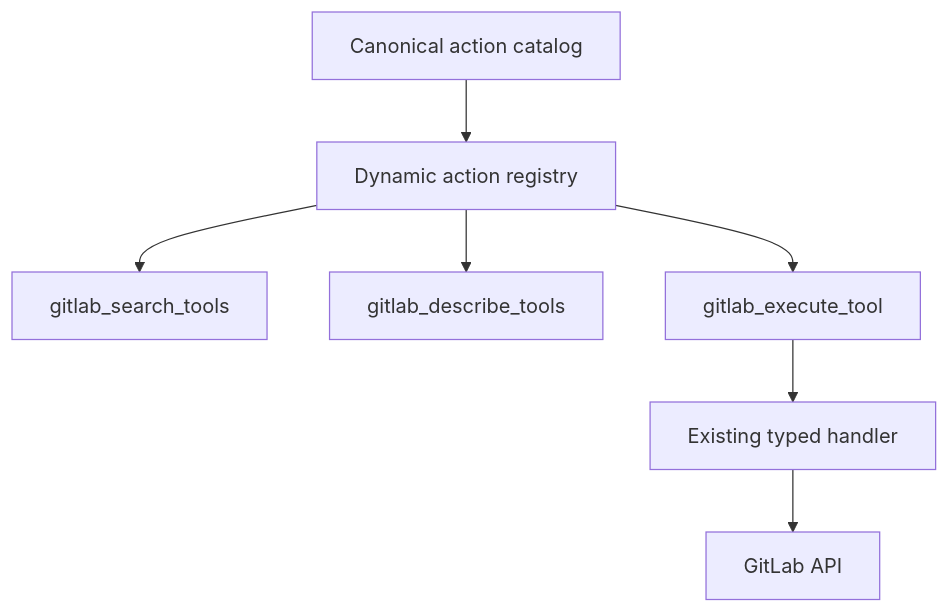
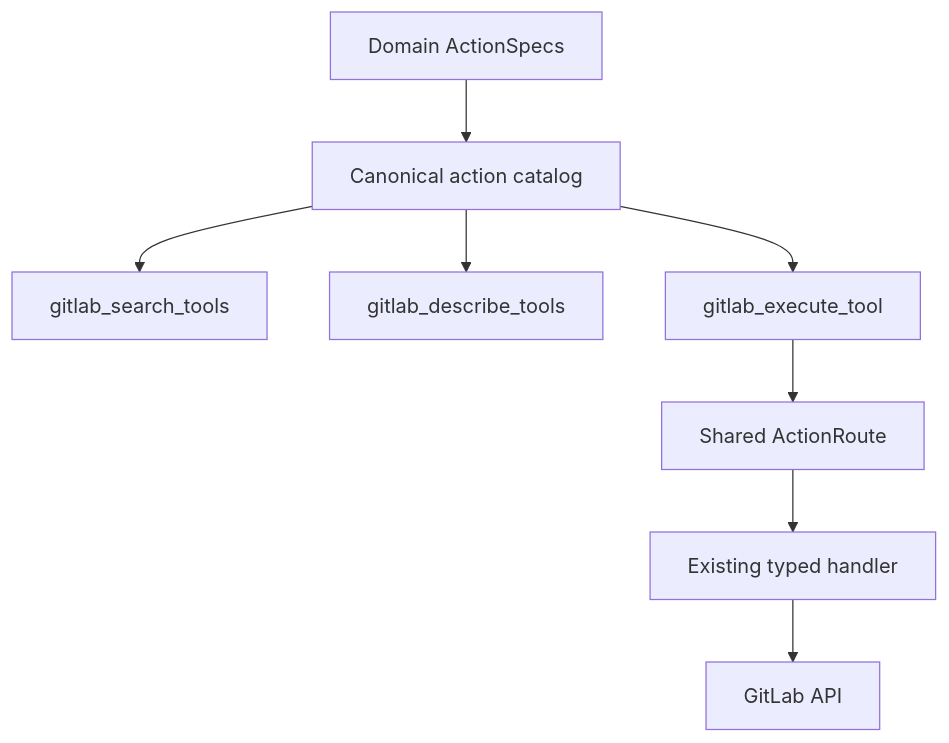
The fifth of 5 diagrams in site/src/content/docs/architecture.mdx (jmrplens/gitlab-mcp-server), drawn with Mermaid before and after one commit. The commit also changed other lines of this file and 1137 other files, not shown here.

First line of the commit message:
Consolidate catalog-first tool runtime (#108)

````diff
--- a/site/src/content/docs/architecture.mdx
+++ b/site/src/content/docs/architecture.mdx
@@ -147,9 +157,10 @@
 ```mermaid
 flowchart TD
-    A[Canonical action catalog] --> B[Dynamic action registry]
-    B --> C[gitlab_search_tools]
-    B --> D[gitlab_describe_tools]
-    B --> E[gitlab_execute_tool]
-    E --> F[Existing typed handler]
-    F --> G[GitLab API]
+    specs[Domain ActionSpecs] --> catalog[Canonical action catalog]
+    catalog --> search[gitlab_search_tools]
+    catalog --> describe[gitlab_describe_tools]
+    catalog --> execute[gitlab_execute_tool]
+    execute --> route[Shared ActionRoute]
+    route --> handler[Existing typed handler]
+    handler --> gitlab[GitLab API]
 ```
````
